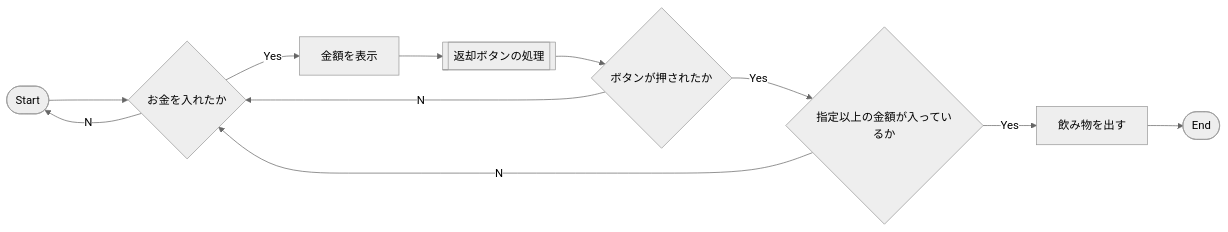
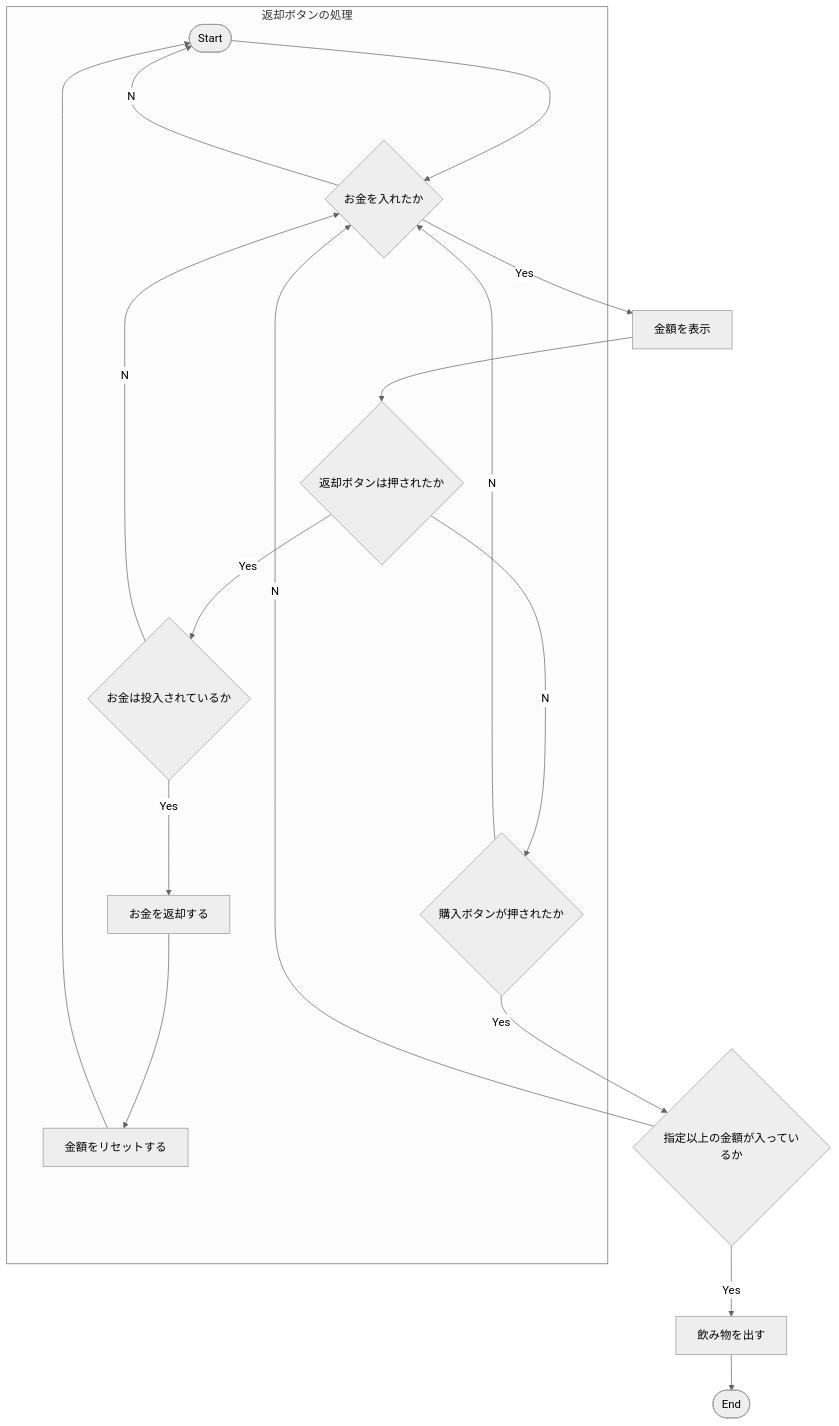
Before and after one commit to tpu-game-2022/mermaid_test: the diagram in README.md, drawn with Mermaid (neutral theme).

Commit message:
フローチャートを変更した

````diff
--- a/README.md
+++ b/README.md
@@ -20,13 +20,20 @@
 ```mermaid
-flowchart LR
+flowchart TD
 A([Start])-->B{お金を入れたか}
 B--Yes-->C[金額を表示]
-C-->D[[返却ボタンの処理]]
-D-->E{ボタンが押されたか}
-E--Yes-->F{指定以上の金額が入っているか}
+C-->D1
+E{購入ボタンが押されたか}--Yes-->F{指定以上の金額が入っているか}
 F--Yes-->G[飲み物を出す]
 G-->H([End])
 B--No-->A
 E--No-->B
 F--No-->B
+subgraph 返却ボタンの処理
+D1{返却ボタンは押されたか}--Yes-->D2{お金は投入されているか}
+D2--Yes-->D3[お金を返却する]
+D3-->D4[金額をリセットする]
+D4-->A
+D1--No-->E
+D2--No-->B
+end
 ```
````
